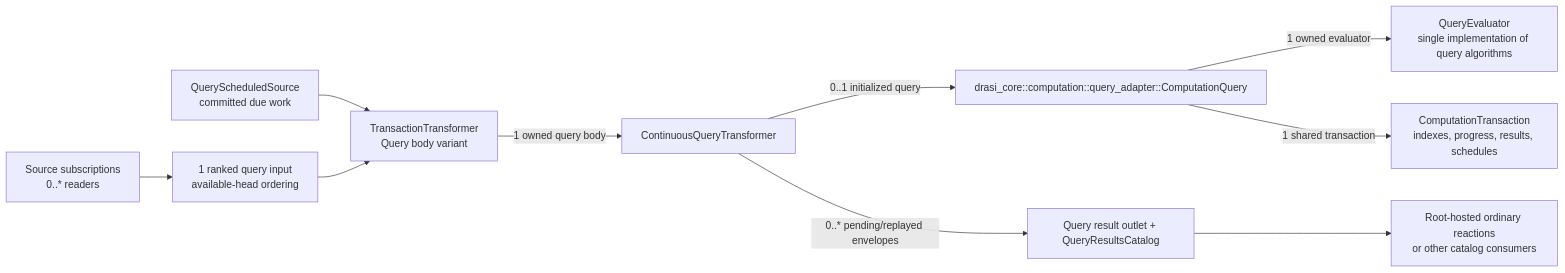
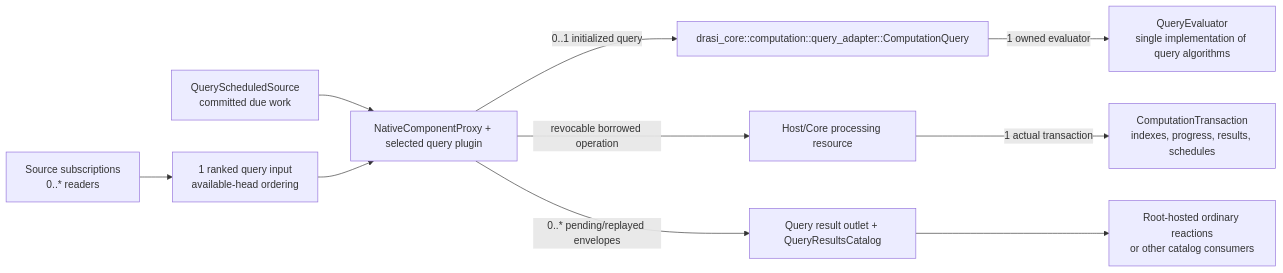
Before and after one commit to drasi-project/drasi-core: the third of 3 diagrams in lib/docs/runtime-architecture.md, drawn with Mermaid. The commit also changed other lines of this file and 344 other files, not shown here.

First line of the commit message:
feat(computation): add native views, scheduling and reconstruction

````diff
--- a/lib/docs/runtime-architecture.md
+++ b/lib/docs/runtime-architecture.md
@@ -188,12 +192,12 @@
 ```mermaid
 flowchart LR
   sources["Source subscriptions<br/>0..* readers"] --> ranked["1 ranked query input<br/>available-head ordering"]
-  schedule["QueryScheduledSource<br/>committed due work"] --> body
-  ranked --> body["TransactionTransformer<br/>Query body variant"]
-  body -->|"1 owned query body"| query["ContinuousQueryTransformer"]
+  schedule["QueryScheduledSource<br/>committed due work"] --> query
+  ranked --> query["NativeComponentProxy + selected query plugin"]
   query -->|"0..1 initialized query"| cq["drasi_core::computation::query_adapter::ComputationQuery"]
   cq -->|"1 owned evaluator"| evaluator["QueryEvaluator<br/>single implementation of query algorithms"]
-  cq -->|"1 shared transaction"| txn["ComputationTransaction<br/>indexes, progress, results, schedules"]
+  query -->|"revocable borrowed operation"| processing["Host/Core processing resource"]
+  processing -->|"1 actual transaction"| txn["ComputationTransaction<br/>indexes, progress, results, schedules"]
   query -->|"0..* pending/replayed envelopes"| outlet["Query result outlet + QueryResultsCatalog"]
   outlet --> reactions["Root-hosted ordinary reactions<br/>or other catalog consumers"]
 ```
````
